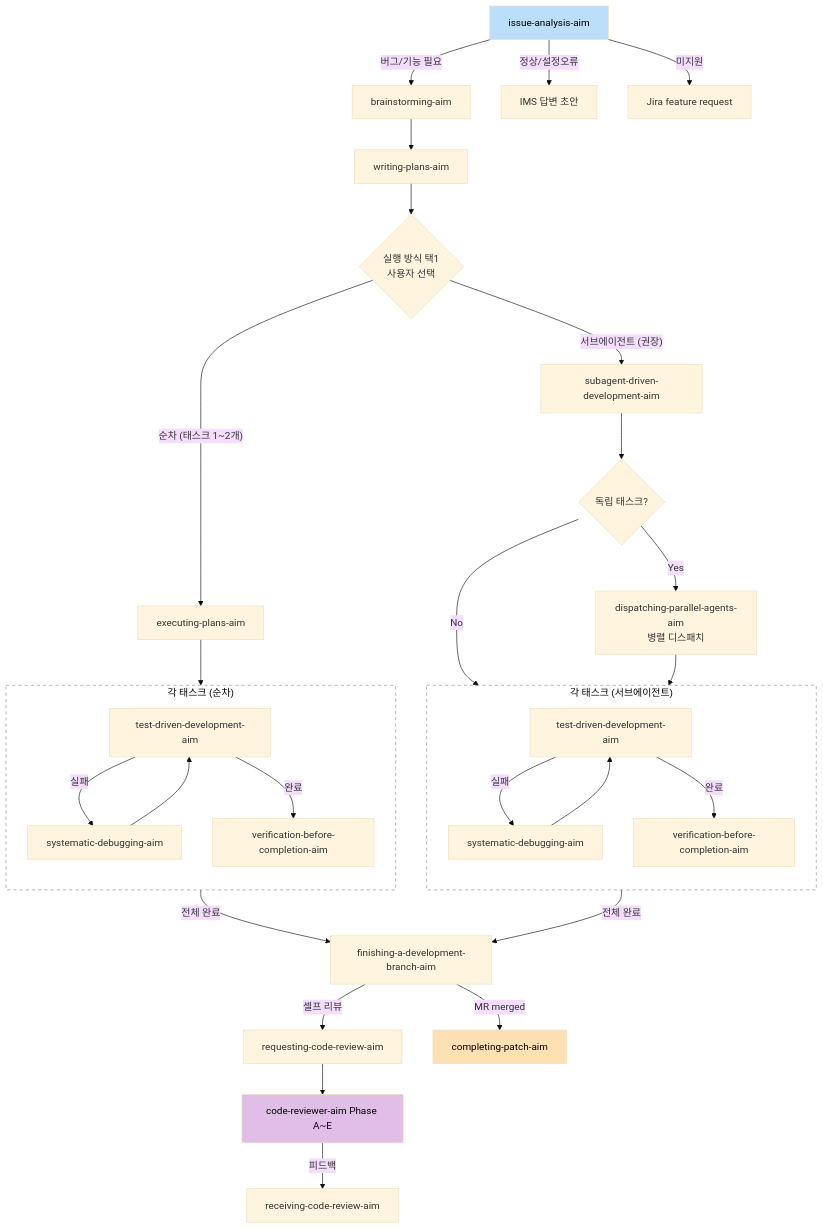
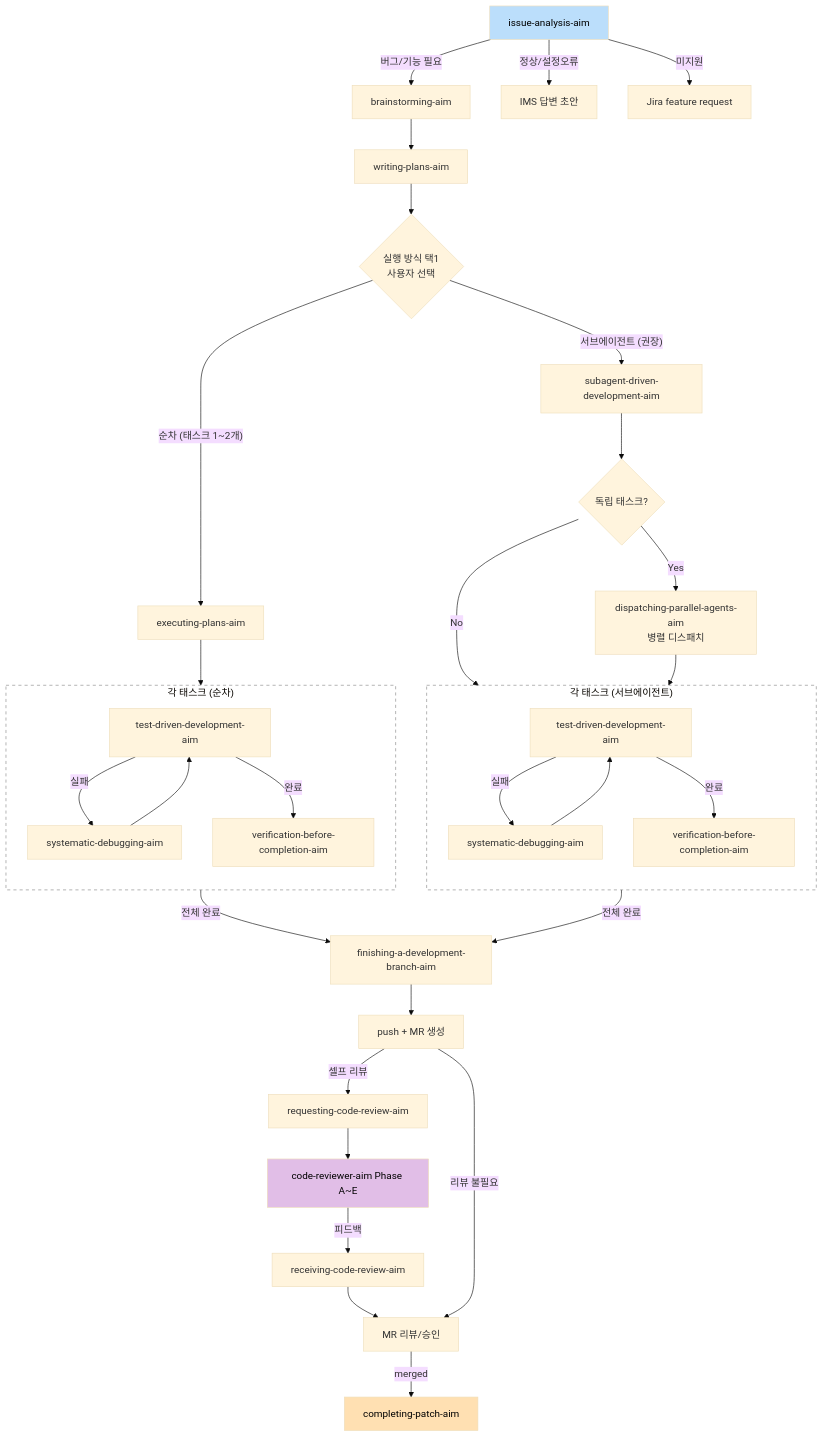
One commit to kmj5228/aim-harness changed the diagram in README.md. Above: the diagram before and after it, drawn with Mermaid (base theme).

Commit message:
docs: add MR creation and review/approval steps to workflow

````diff
--- a/README.md
+++ b/README.md
@@ -77,45 +77,48 @@
 ```mermaid
 flowchart TD
     A[issue-analysis-aim] -->|"버그/기능 필요"| B[brainstorming-aim]
     B --> C[writing-plans-aim]
     C --> D{실행 방식 택1\n사용자 선택}
 
     D -->|"순차 (태스크 1~2개)"| E[executing-plans-aim]
     E --> TDD1
 
     D -->|"서브에이전트 (권장)"| F[subagent-driven-development-aim]
     F --> H{독립 태스크?}
     H -->|"Yes"| P1[dispatching-parallel-agents-aim\n병렬 디스패치]
     H -->|"No"| TDD2
     P1 --> TDD2
 
     subgraph TDD1 ["각 태스크 (순차)"]
         direction TB
         G1[test-driven-development-aim] -->|실패| I1[systematic-debugging-aim]
         I1 --> G1
         G1 -->|완료| J1[verification-before-completion-aim]
     end
 
     subgraph TDD2 ["각 태스크 (서브에이전트)"]
         direction TB
         G2[test-driven-development-aim] -->|실패| I2[systematic-debugging-aim]
         I2 --> G2
         G2 -->|완료| J2[verification-before-completion-aim]
     end
 
     TDD1 -->|전체 완료| K[finishing-a-development-branch-aim]
     TDD2 -->|전체 완료| K
-    K -->|셀프 리뷰| L[requesting-code-review-aim]
+    K --> MR[push + MR 생성]
+    MR -->|셀프 리뷰| L[requesting-code-review-aim]
     L --> M[code-reviewer-aim Phase A~E]
     M -->|피드백| R[receiving-code-review-aim]
-    K -->|MR merged| N[completing-patch-aim]
+    R --> MR2[MR 리뷰/승인]
+    MR -->|리뷰 불필요| MR2
+    MR2 -->|merged| N[completing-patch-aim]
 
     A -->|"정상/설정오류"| O[IMS 답변 초안]
     A -->|"미지원"| Q[Jira feature request]
 
     style A fill:#bbdefb,color:#000
     style N fill:#ffe0b2,color:#000
     style M fill:#e1bee7,color:#000
     style TDD1 fill:transparent,stroke:#888,stroke-dasharray: 5 5
     style TDD2 fill:transparent,stroke:#888,stroke-dasharray: 5 5
 ```
````
